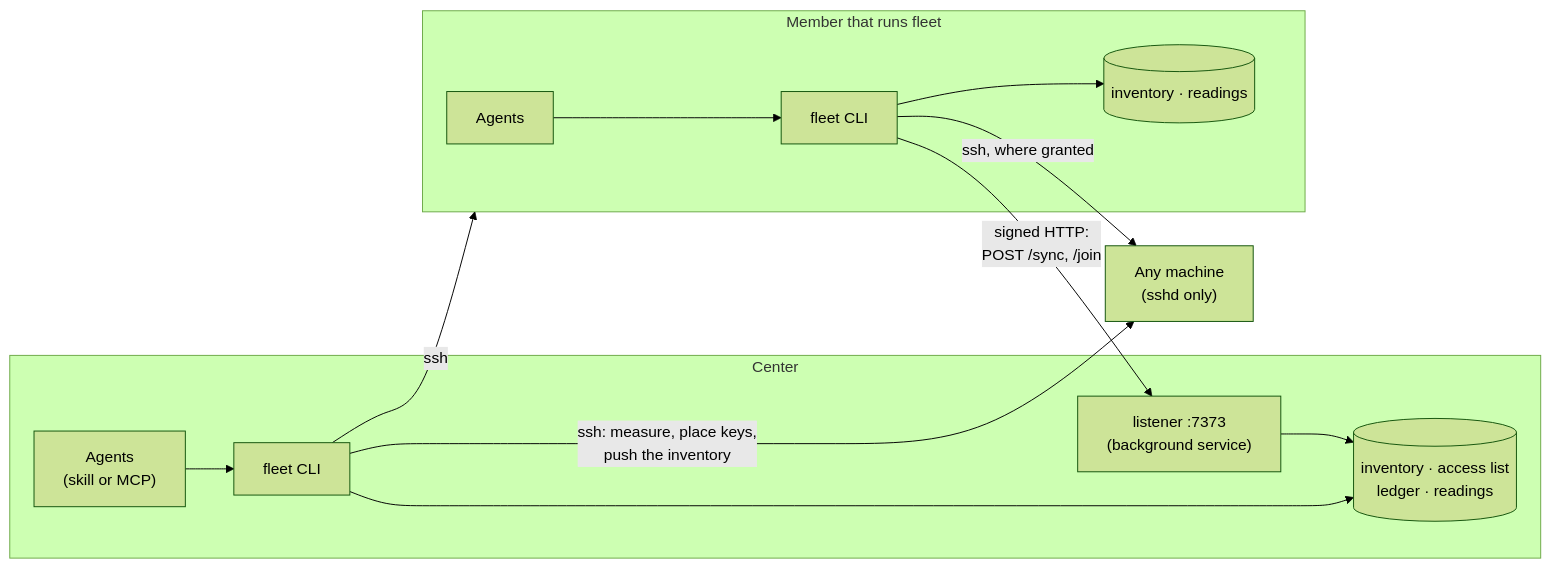
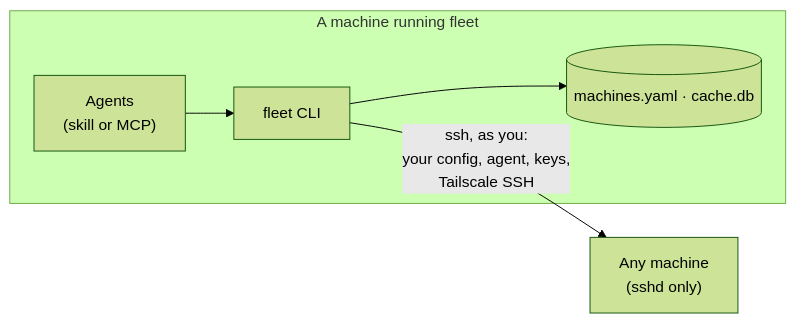
One commit to lion-zhang/fleet changed the diagram in docs/design/how-it-works.md. Above: the diagram before and after it, drawn with Mermaid (forest theme). The commit also changed other lines of this file and 1 other file, not shown here.

````diff
--- a/docs/design/how-it-works.md
+++ b/docs/design/how-it-works.md
@@ -10,16 +13,9 @@
 ```mermaid
 flowchart LR
-    subgraph center["Center"]
-        agentsC["Agents<br/>(skill or MCP)"] --> cliC["fleet CLI"]
-        cliC --> stateC[("inventory · access list<br/>ledger · readings")]
-        svc["listener :7373<br/>(background service)"] --> stateC
-    end
-    subgraph member["Member that runs fleet"]
-        agentsM["Agents"] --> cliM["fleet CLI"] --> stateM[("inventory · readings")]
+    subgraph here["A machine running fleet"]
+        agents["Agents<br/>(skill or MCP)"] --> cli["fleet CLI"]
+        cli --> state[("machines.yaml · cache.db")]
     end
     box["Any machine<br/>(sshd only)"]
-    cliC -- "ssh: measure, place keys,<br/>push the inventory" --> box
-    cliC -- "ssh" --> member
-    cliM -- "signed HTTP:<br/>POST /sync, /join" --> svc
-    cliM -- "ssh, where granted" --> box
+    cli -- "ssh, as you:<br/>your config, agent, keys,<br/>Tailscale SSH" --> box
 ```
````
